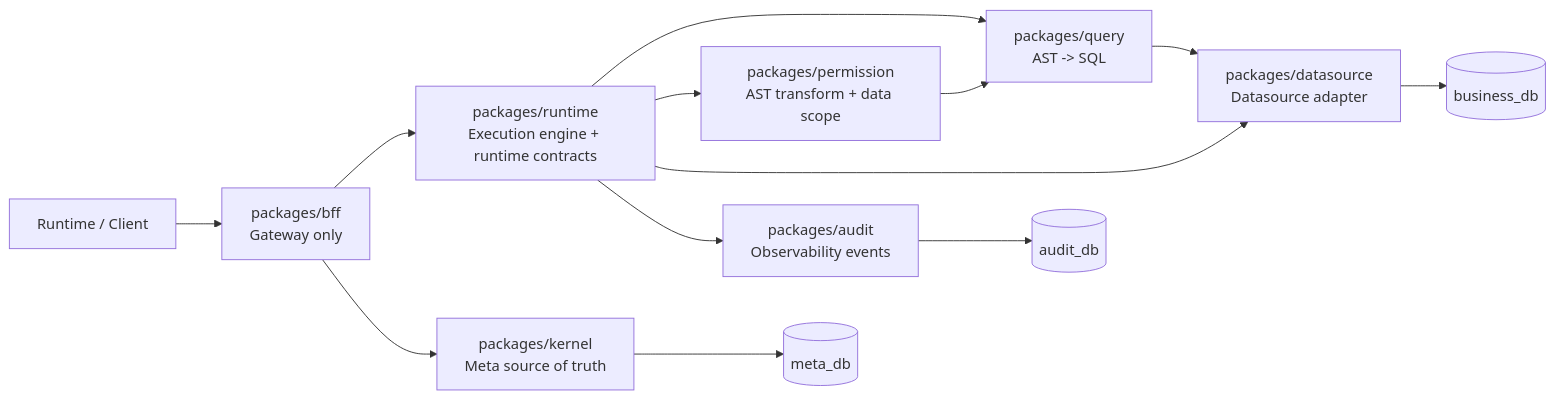
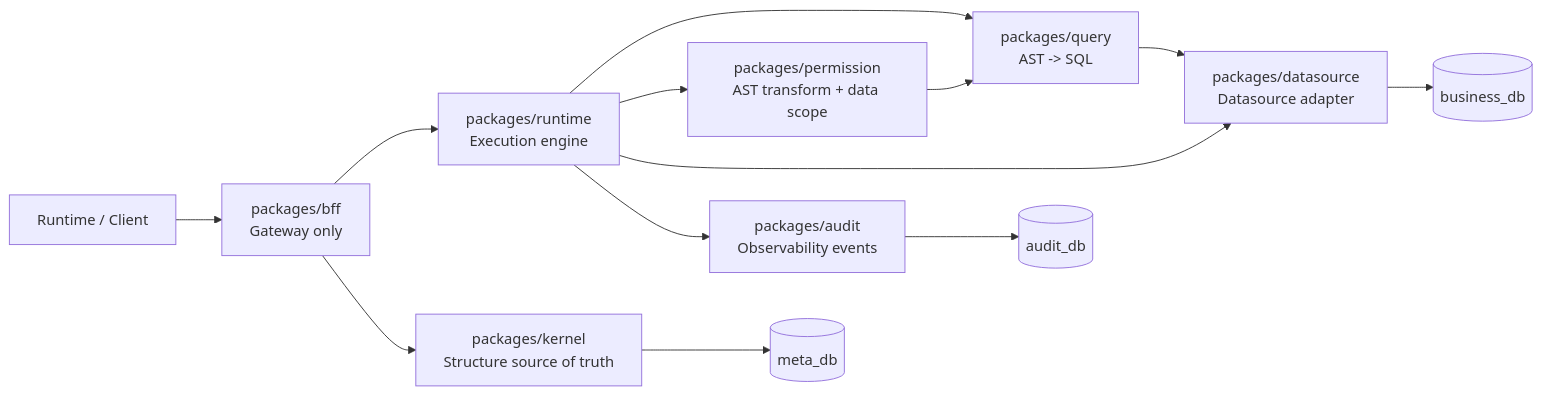
One commit to zhongmiao-org/meta-lc-platform changed the diagram in README.md. Above: the diagram before and after it, drawn with Mermaid. The commit also changed other lines of this file and 83 other files, not shown here.

Commit message:
refactor(architecture): finalize runtime gateway boundaries (#118)

````diff
--- a/README.md
+++ b/README.md
@@ -13,15 +13,15 @@
 ```mermaid
 flowchart LR
   Client["Runtime / Client"] --> BFF["packages/bff<br/>Gateway only"]
-  BFF --> Runtime["packages/runtime<br/>Execution engine + runtime contracts"]
-  BFF --> Kernel["packages/kernel<br/>Meta source of truth"]
+  BFF --> Runtime["packages/runtime<br/>Execution engine"]
+  BFF --> Kernel["packages/kernel<br/>Structure source of truth"]
   Runtime --> Query["packages/query<br/>AST -> SQL"]
   Runtime --> Permission["packages/permission<br/>AST transform + data scope"]
   Runtime --> Datasource["packages/datasource<br/>Datasource adapter"]
   Runtime --> Audit["packages/audit<br/>Observability events"]
   Kernel --> MetaDb[("meta_db")]
   Query --> Datasource
   Permission --> Query
   Datasource --> BusinessDb[("business_db")]
   Audit --> AuditDb[("audit_db")]
 ```
````
